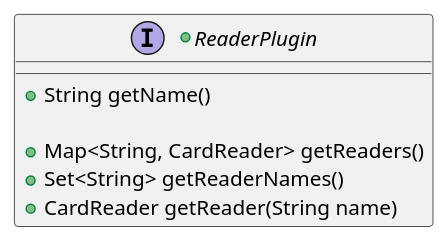
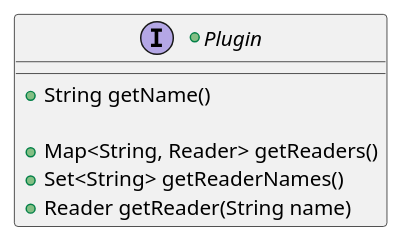
One commit to calypsonet/keyple changed the second of 20 diagrams in src/KeypleCoreApi/puml/KeypleCore_Reader_ClassDiag_ClassElements.iuml. Above: the diagram before and after it, drawn with PlantUML. The commit also changed other lines of this file and 34 other files, not shown here.

```diff
--- a/src/KeypleCoreApi/puml/KeypleCore_Reader_ClassDiag_ClassElements.iuml
+++ b/src/KeypleCoreApi/puml/KeypleCore_Reader_ClassDiag_ClassElements.iuml
@@ -30,9 +30,9 @@
 @startuml(id=READER_PLUGIN_1_0_0)
-+interface ReaderPlugin {
++interface Plugin {
   +String getName()
 
-  +Map<String, CardReader> getReaders()
+  +Map<String, Reader> getReaders()
   +Set<String> getReaderNames()
-  +CardReader getReader(String name)
+  +Reader getReader(String name)
 }
 @enduml
```
